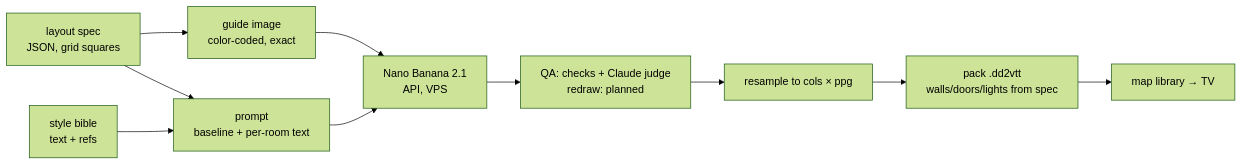
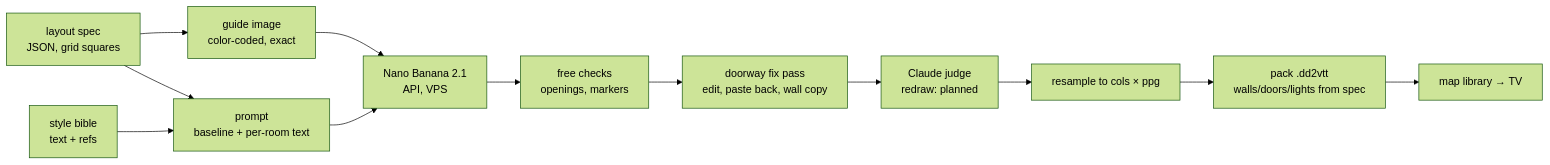
The diagram in docs/ai-art.md (KasparOrange/battlemap), drawn with Mermaid (forest theme) before and after one commit. The commit also changed other lines of this file and 1 other file, not shown here.

First line of the commit message:
docs: sweep after the doorway fix pass — status, pipeline diagram, README

````diff
--- a/docs/ai-art.md
+++ b/docs/ai-art.md
@@ -317,12 +319,14 @@
 ```mermaid
 flowchart LR
   S[layout spec<br/>JSON, grid squares] --> G[guide image<br/>color-coded, exact]
   S --> P[prompt<br/>baseline + per-room text]
   B[style bible<br/>text + refs] --> P
   G --> N[Nano Banana 2.1<br/>API, VPS]
   P --> N
-  N --> Q[QA: checks + Claude judge<br/>redraw: planned]
+  N --> C[free checks<br/>openings, markers]
+  C --> F[doorway fix pass<br/>edit, paste back, wall copy]
+  F --> Q[Claude judge<br/>redraw: planned]
   Q --> R[resample to cols × ppg]
   R --> V[pack .dd2vtt<br/>walls/doors/lights from spec]
   V --> L[map library → TV]
 ```
````
